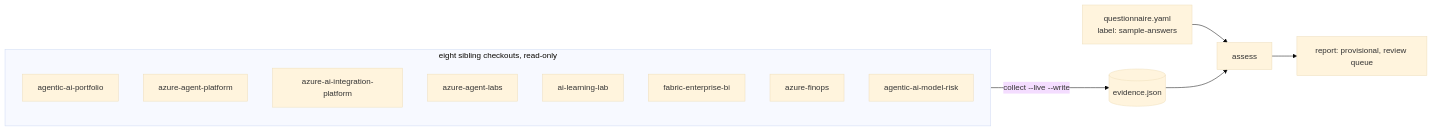
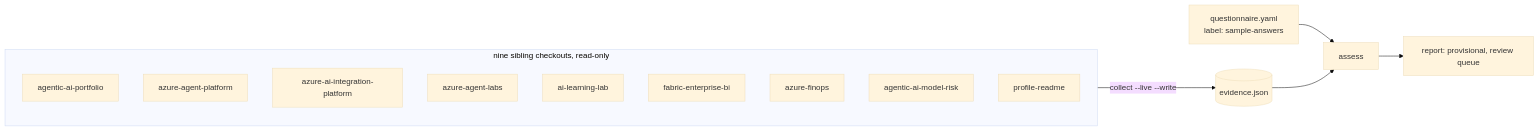
The diagram in docs/samples/portfolio.md (jagadishmazure-jpg/Jagadish-ai-maturity-assessment), drawn with Mermaid (base theme) before and after one commit. The commit also changed other lines of this file and 26 other files, not shown here.

````diff
--- a/docs/samples/portfolio.md
+++ b/docs/samples/portfolio.md
@@ -16,10 +16,11 @@
 ```mermaid
 flowchart LR
-  subgraph Checkouts [eight sibling checkouts, read-only]
+  subgraph Checkouts [nine sibling checkouts, read-only]
     A1[agentic-ai-portfolio] & A2[azure-agent-platform] & A3[azure-ai-integration-platform] & A4[azure-agent-labs]
     A5[ai-learning-lab] & A6[fabric-enterprise-bi] & A7[azure-finops] & A8[agentic-ai-model-risk]
+    A9[profile-readme]
   end
   Checkouts -->|collect --live --write| S[(evidence.json)]
   Q[questionnaire.yaml<br/>label: sample-answers] --> G[assess]
   S --> G --> R[report: provisional, review queue]
 ```
````
